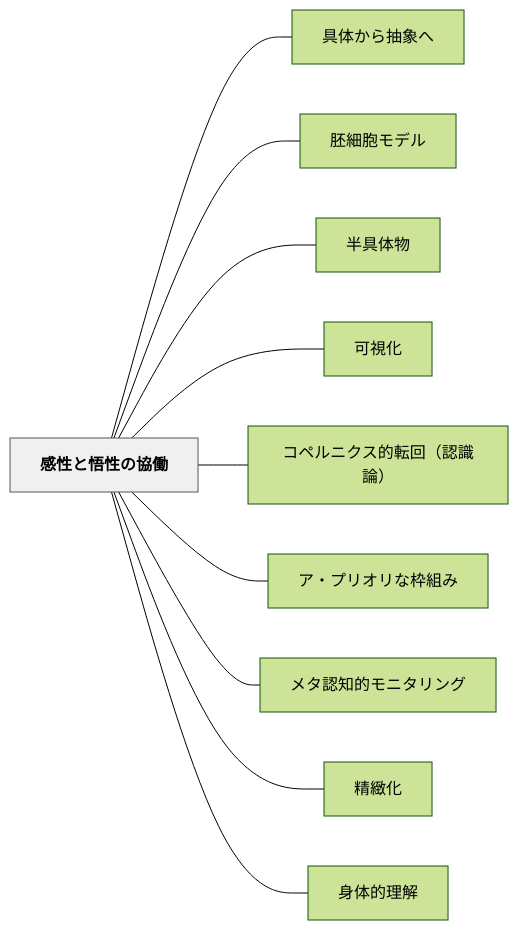
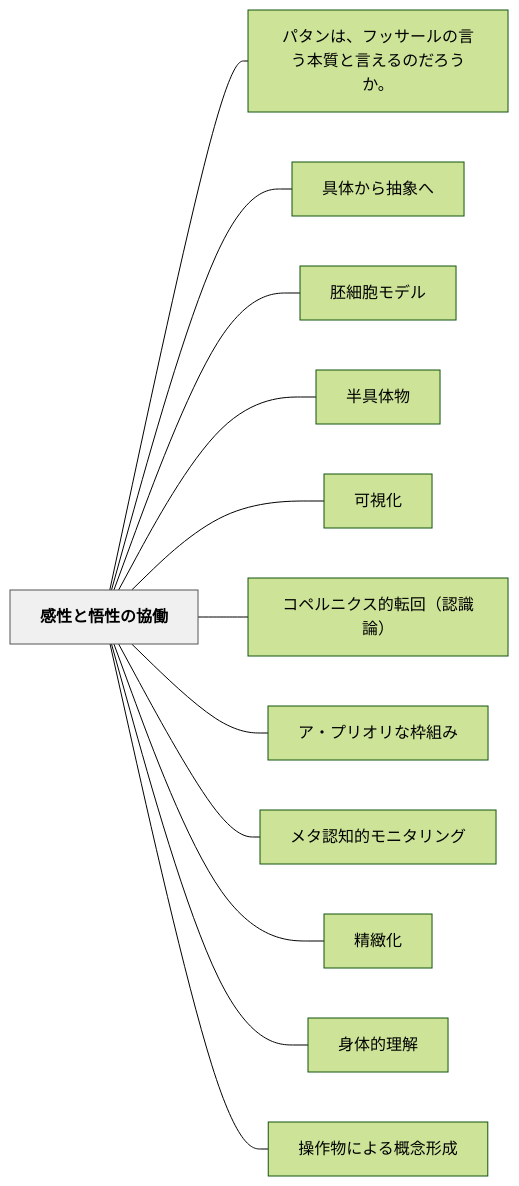
Before and after one commit to unknownthings-ed-patterns/unknownthings-ed-patterns: the diagram in content/パタン/感性と悟性の協働.md, drawn with Mermaid (forest theme). The commit also changed other lines of this file and 5 other files, not shown here.

````diff
--- a/content/パタン/感性と悟性の協働.md
+++ b/content/パタン/感性と悟性の協働.md
@@ -130,26 +132,30 @@
 ```mermaid
 flowchart LR
     ne6849fe680a7e381a8e6829fe680a7e381aee58d94e5838d["感性と悟性の協働"]
+    ne38391e382bfe383b3e381afe38081e38395e38383e382b5e383bce383abe381aee8a880e38186e69cace8b3aae381a8e8a880e38188e3828be381aee381a0e3828de38186e3818be38082["パタンは、フッサールの言う本質と言えるのだろうか。"]
     ne585b7e4bd93e3818be38289e68abde8b1a1e381b8["具体から抽象へ"]
     ne8839ae7b4b0e8839ee383a2e38387e383ab["胚細胞モデル"]
     ne58d8ae585b7e4bd93e789a9["半具体物"]
     ne58fafe8a696e58c96["可視化"]
     ne382b3e3839ae383abe3838be382afe382b9e79a84e8bba2e59b9eefbc88e8aa8de8ad98e8ab96efbc89["コペルニクス的転回（認識論）"]
     ne382a2e383bbe38397e383aae382aae383aae381aae69ea0e7b584e381bf["ア・プリオリな枠組み"]
     ne383a1e382bfe8aa8de79fa5e79a84e383a2e3838be382bfe383aae383b3e382b0["メタ認知的モニタリング"]
     ne7b2bee7b7bbe58c96["精緻化"]
     ne8baabe4bd93e79a84e79086e8a7a3["身体的理解"]
+    ne6938de4bd9ce789a9e381abe38288e3828be6a682e5bfb5e5bda2e68890["操作物による概念形成"]
 
+    ne6849fe680a7e381a8e6829fe680a7e381aee58d94e5838d --- ne38391e382bfe383b3e381afe38081e38395e38383e382b5e383bce383abe381aee8a880e38186e69cace8b3aae381a8e8a880e38188e3828be381aee381a0e3828de38186e3818be38082
     ne6849fe680a7e381a8e6829fe680a7e381aee58d94e5838d --- ne585b7e4bd93e3818be38289e68abde8b1a1e381b8
     ne6849fe680a7e381a8e6829fe680a7e381aee58d94e5838d --- ne8839ae7b4b0e8839ee383a2e38387e383ab
     ne6849fe680a7e381a8e6829fe680a7e381aee58d94e5838d --- ne58d8ae585b7e4bd93e789a9
     ne6849fe680a7e381a8e6829fe680a7e381aee58d94e5838d --- ne58fafe8a696e58c96
     ne6849fe680a7e381a8e6829fe680a7e381aee58d94e5838d --- ne382b3e3839ae383abe3838be382afe382b9e79a84e8bba2e59b9eefbc88e8aa8de8ad98e8ab96efbc89
     ne6849fe680a7e381a8e6829fe680a7e381aee58d94e5838d --- ne382a2e383bbe38397e383aae382aae383aae381aae69ea0e7b584e381bf
     ne6849fe680a7e381a8e6829fe680a7e381aee58d94e5838d --- ne383a1e382bfe8aa8de79fa5e79a84e383a2e3838be382bfe383aae383b3e382b0
     ne6849fe680a7e381a8e6829fe680a7e381aee58d94e5838d --- ne7b2bee7b7bbe58c96
     ne6849fe680a7e381a8e6829fe680a7e381aee58d94e5838d --- ne8baabe4bd93e79a84e79086e8a7a3
+    ne6849fe680a7e381a8e6829fe680a7e381aee58d94e5838d --- ne6938de4bd9ce789a9e381abe38288e3828be6a682e5bfb5e5bda2e68890
 
     classDef hub fill:#f0f0f0,stroke:#555,color:#000,font-weight:bold
     class ne6849fe680a7e381a8e6829fe680a7e381aee58d94e5838d hub
 ```
````
